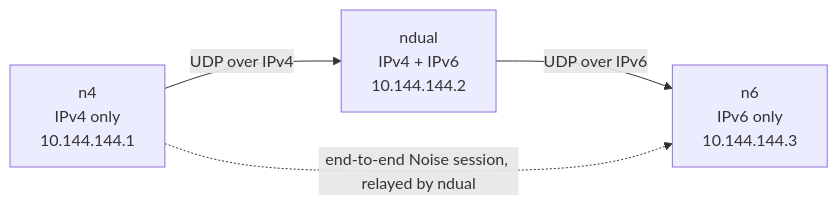
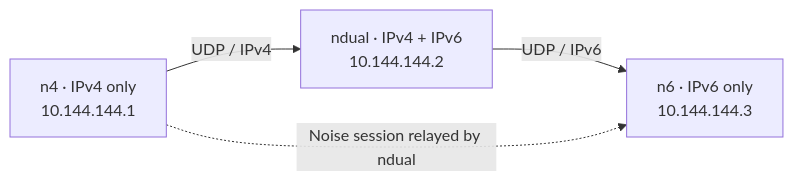
Before and after one commit to Utsav-X-bit/Skein: the diagram in README.md, drawn with Mermaid. The commit also changed other lines of this file, not shown here.

````diff
--- a/README.md
+++ b/README.md
@@ -16,9 +10,9 @@
 ```mermaid
 flowchart LR
-    A["n4<br/>IPv4 only<br/>10.144.144.1"]
-    B["ndual<br/>IPv4 + IPv6<br/>10.144.144.2"]
-    C["n6<br/>IPv6 only<br/>10.144.144.3"]
-    A -- "UDP over IPv4" --> B
-    B -- "UDP over IPv6" --> C
-    A -. "end-to-end Noise session, relayed by ndual" .-> C
+    A["n4 · IPv4 only<br/>10.144.144.1"]
+    B["ndual · IPv4 + IPv6<br/>10.144.144.2"]
+    C["n6 · IPv6 only<br/>10.144.144.3"]
+    A -- "UDP / IPv4" --> B
+    B -- "UDP / IPv6" --> C
+    A -. "Noise session relayed by ndual" .-> C
 ```
````
